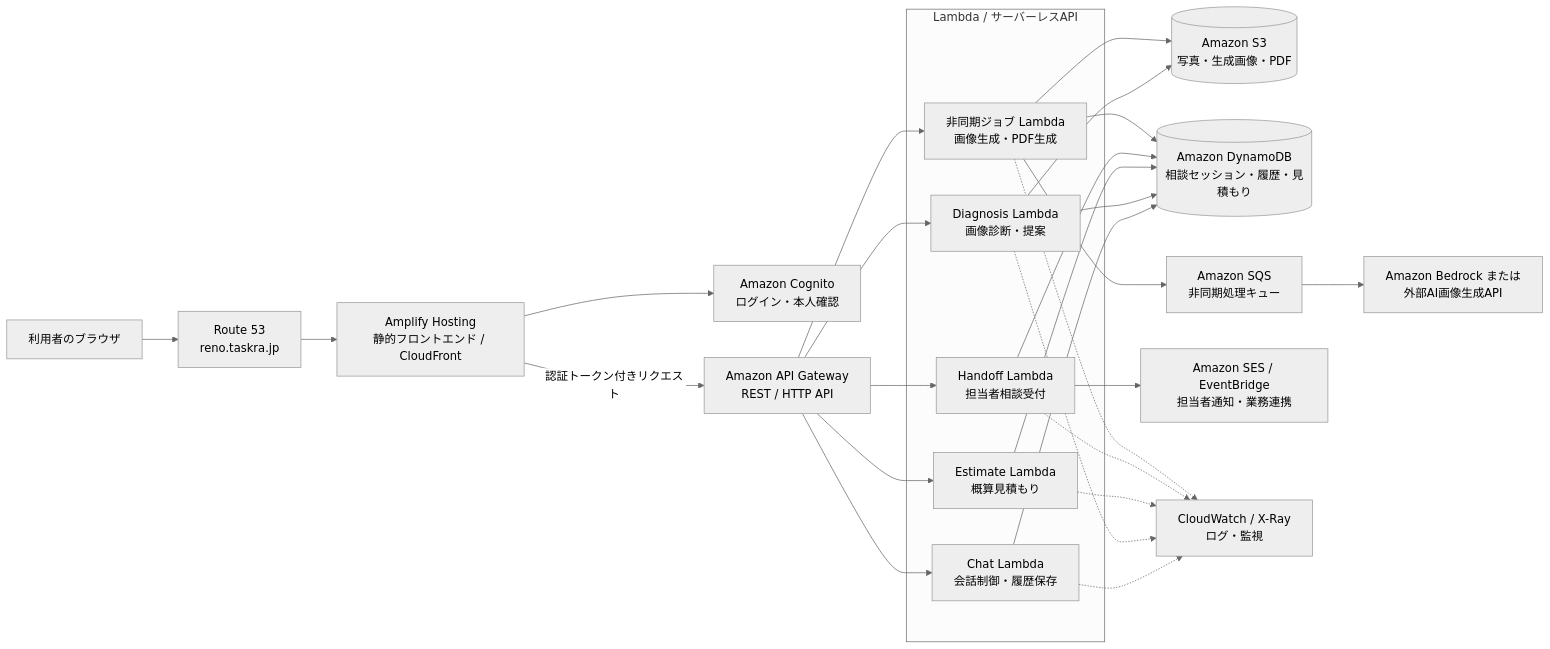
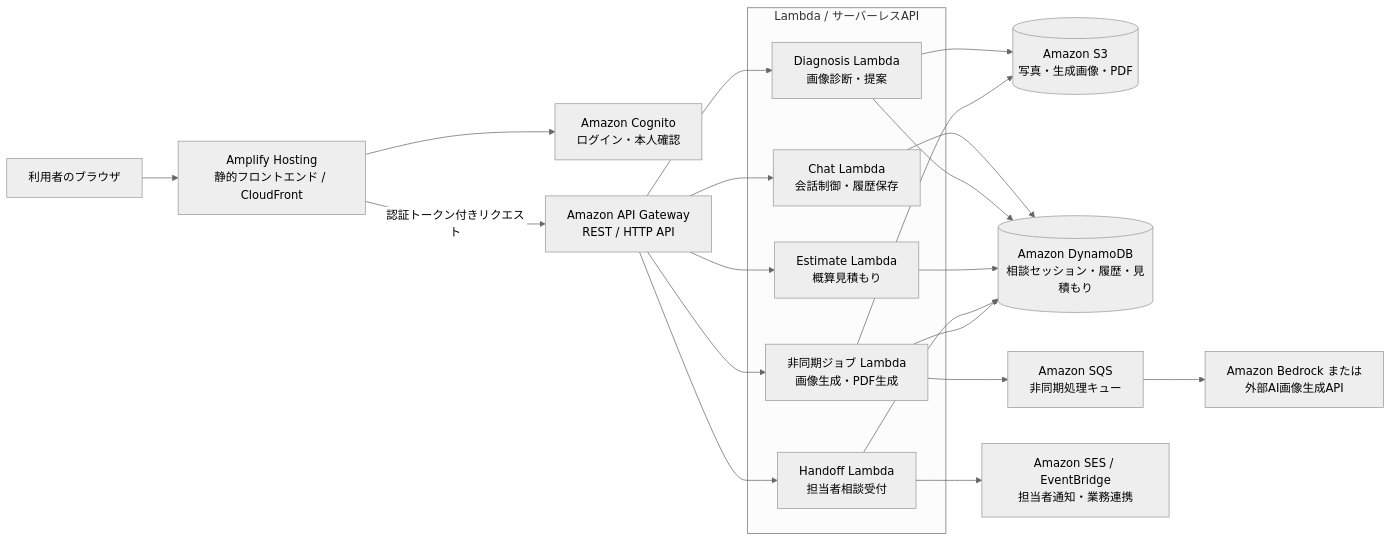
Before and after one commit to DaisukeShirai/RENO: the diagram in docs/aws-serverless-architecture.md, drawn with Mermaid (neutral theme). The commit also changed other lines of this file and 7 other files, not shown here.

````diff
--- a/docs/aws-serverless-architecture.md
+++ b/docs/aws-serverless-architecture.md
@@ -10,49 +10,42 @@
 ```mermaid
 flowchart LR
     U[利用者のブラウザ]
-    DNS[Route 53<br/>reno.taskra.jp]
     HOST[Amplify Hosting<br/>静的フロントエンド / CloudFront]
     AUTH[Amazon Cognito<br/>ログイン・本人確認]
     API[Amazon API Gateway<br/>REST / HTTP API]
 
     subgraph L[Lambda / サーバーレスAPI]
         CHAT[Chat Lambda<br/>会話制御・履歴保存]
         DIAG[Diagnosis Lambda<br/>画像診断・提案]
         EST[Estimate Lambda<br/>概算見積もり]
         HANDOFF[Handoff Lambda<br/>担当者相談受付]
         JOB[非同期ジョブ Lambda<br/>画像生成・PDF生成]
     end
 
     S3[(Amazon S3<br/>写真・生成画像・PDF)]
     DB[(Amazon DynamoDB<br/>相談セッション・履歴・見積もり)]
     QUEUE[Amazon SQS<br/>非同期処理キュー]
     NOTIFY[Amazon SES / EventBridge<br/>担当者通知・業務連携]
     AI[Amazon Bedrock または<br/>外部AI画像生成API]
-    OBS[CloudWatch / X-Ray<br/>ログ・監視]
 
-    U --> DNS --> HOST
+    U --> HOST
     HOST --> AUTH
     HOST -->|認証トークン付きリクエスト| API
     API --> CHAT
     API --> DIAG
     API --> EST
     API --> HANDOFF
     API --> JOB
 
     CHAT --> DB
     DIAG --> S3
     DIAG --> DB
     EST --> DB
     HANDOFF --> DB
     HANDOFF --> NOTIFY
     JOB --> QUEUE
     QUEUE --> AI
     JOB --> S3
     JOB --> DB
 
-    CHAT -.-> OBS
-    DIAG -.-> OBS
-    EST -.-> OBS
-    HANDOFF -.-> OBS
-    JOB -.-> OBS
 ```
````
